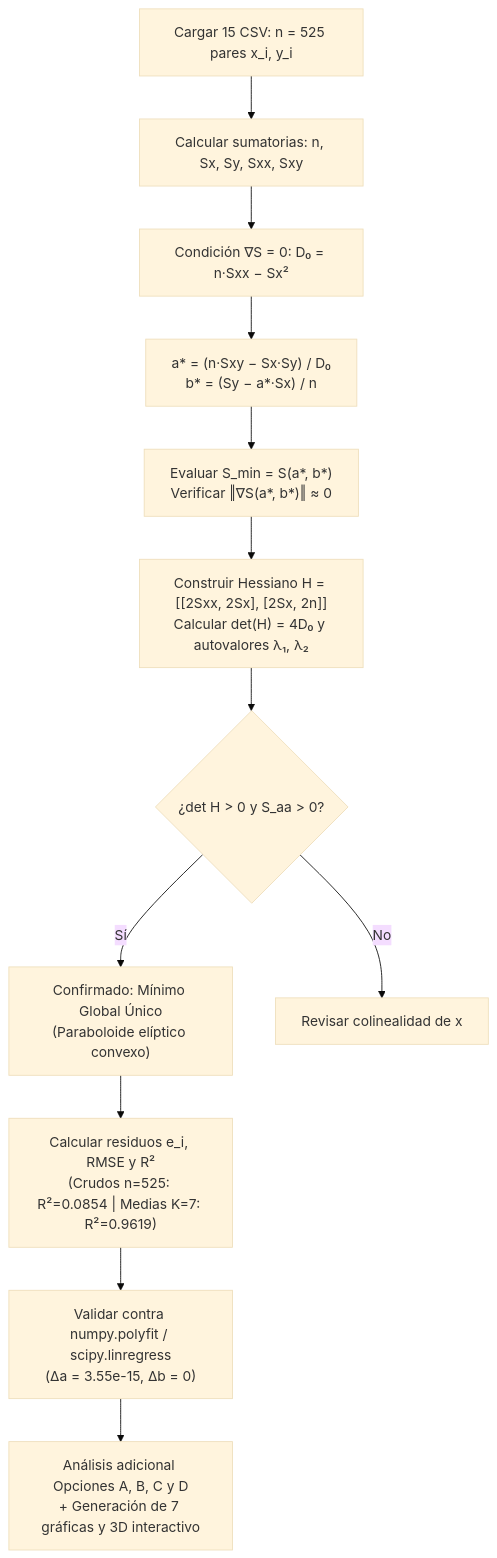
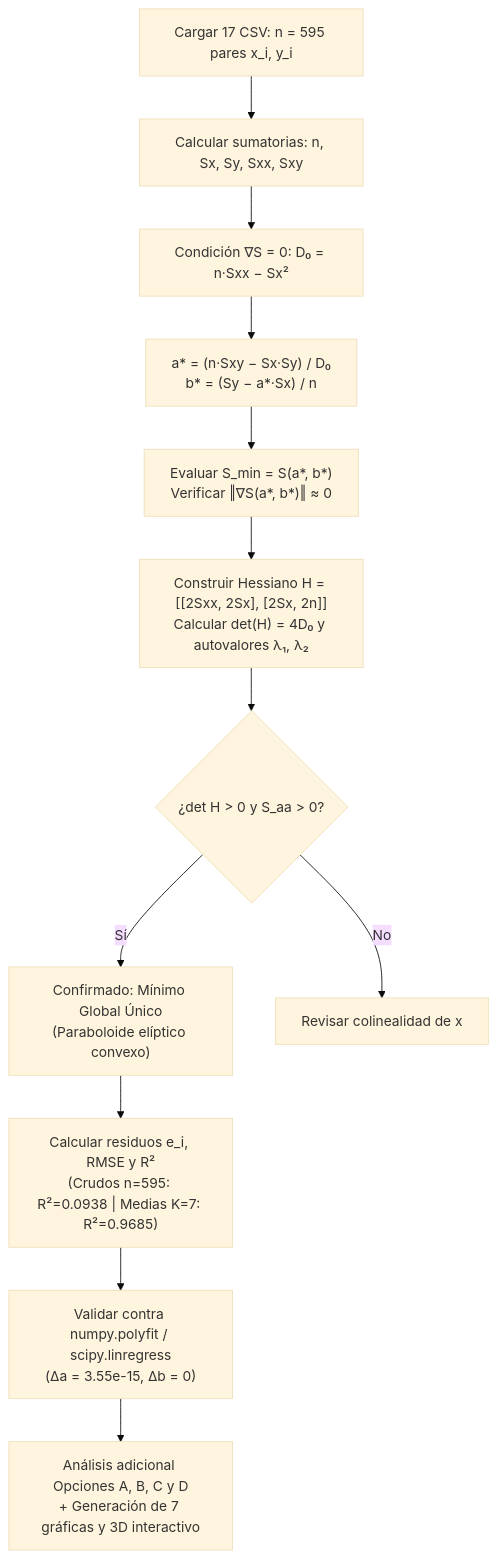
The diagram in codigo/pseudocodigo.md (GUERRREROALEXANDER/FinalCalculoMultivariado), drawn with Mermaid (base theme) before and after one commit. The commit also changed other lines of this file and 1 other file, not shown here.

Commit message:
Corrige cifras obsoletas (n=525, R2=0.9619) en pseudocodigo y docstring de ajuste.py

````diff
--- a/codigo/pseudocodigo.md
+++ b/codigo/pseudocodigo.md
@@ -80,14 +80,14 @@
 ```mermaid
 flowchart TD
-    A[Cargar 15 CSV: n = 525 pares x_i, y_i] --> B[Calcular sumatorias: n, Sx, Sy, Sxx, Sxy]
+    A[Cargar 17 CSV: n = 595 pares x_i, y_i] --> B[Calcular sumatorias: n, Sx, Sy, Sxx, Sxy]
     B --> C[Condición ∇S = 0: D₀ = n·Sxx − Sx²]
     C --> D["a* = (n·Sxy − Sx·Sy) / D₀<br/>b* = (Sy − a*·Sx) / n"]
     D --> E["Evaluar S_min = S(a*, b*)<br/>Verificar ‖∇S(a*, b*)‖ ≈ 0"]
     E --> F["Construir Hessiano H = [[2Sxx, 2Sx], [2Sx, 2n]]<br/>Calcular det(H) = 4D₀ y autovalores λ₁, λ₂"]
     F --> G{¿det H > 0 y S_aa > 0?}
     G -- Sí --> H["Confirmado: Mínimo Global Único<br/>(Paraboloide elíptico convexo)"]
     G -- No --> I[Revisar colinealidad de x]
-    H --> J["Calcular residuos e_i, RMSE y R²<br/>(Crudos n=525: R²=0.0854 | Medias K=7: R²=0.9619)"]
+    H --> J["Calcular residuos e_i, RMSE y R²<br/>(Crudos n=595: R²=0.0938 | Medias K=7: R²=0.9685)"]
     J --> K["Validar contra numpy.polyfit / scipy.linregress<br/>(Δa = 3.55e-15, Δb = 0)"]
     K --> L["Análisis adicional Opciones A, B, C y D<br/>+ Generación de 7 gráficas y 3D interactivo"]
 ```
````
